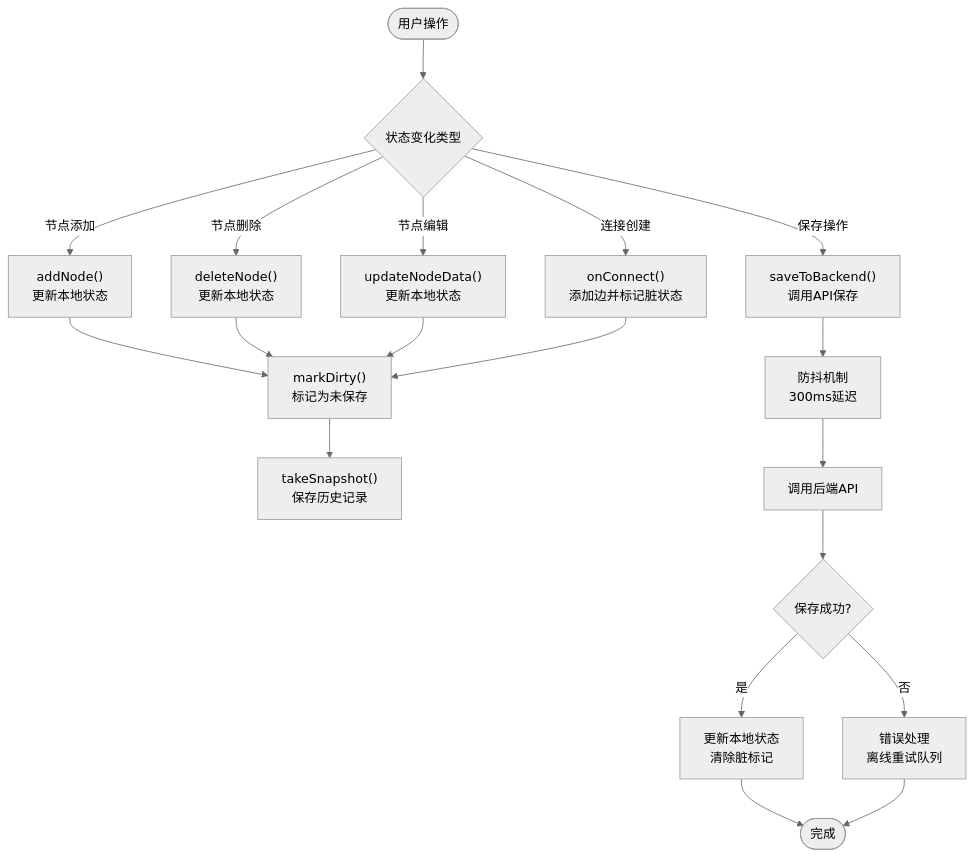
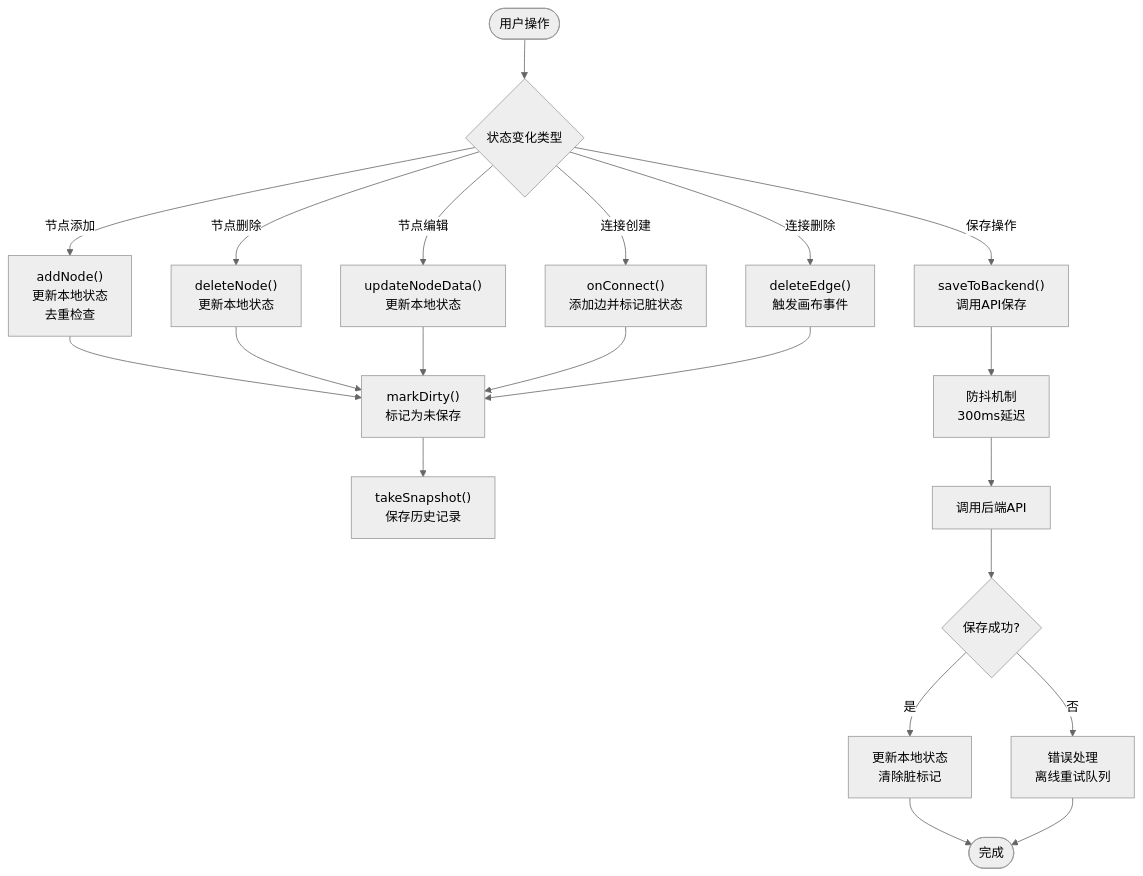
One commit to KunLabAI/KunFlix changed the sixth of 10 diagrams in .qoder/repowiki/zh/content/系统架构/剧院系统概览.md. Above: the diagram before and after it, drawn with Mermaid (neutral theme). The commit also changed other lines of this file and 15 other files, not shown here.

````diff
--- a/.qoder/repowiki/zh/content/系统架构/剧院系统概览.md
+++ b/.qoder/repowiki/zh/content/系统架构/剧院系统概览.md
@@ -399,21 +447,23 @@
 ```mermaid
 flowchart TD
 Start([用户操作]) --> Change{状态变化类型}
-Change --> |节点添加| AddNode["addNode()<br/>更新本地状态"]
+Change --> |节点添加| AddNode["addNode()<br/>更新本地状态<br/>去重检查"]
 Change --> |节点删除| DeleteNode["deleteNode()<br/>更新本地状态"]
 Change --> |节点编辑| EditNode["updateNodeData()<br/>更新本地状态"]
 Change --> |连接创建| CreateEdge["onConnect()<br/>添加边并标记脏状态"]
+Change --> |连接删除| DeleteEdge["deleteEdge()<br/>触发画布事件"]
 Change --> |保存操作| SaveAction["saveToBackend()<br/>调用API保存"]
 AddNode --> MarkDirty["markDirty()<br/>标记为未保存"]
 DeleteNode --> MarkDirty
 EditNode --> MarkDirty
 CreateEdge --> MarkDirty
+DeleteEdge --> MarkDirty
 MarkDirty --> Snapshot["takeSnapshot()<br/>保存历史记录"]
 SaveAction --> Debounce["防抖机制<br/>300ms延迟"]
 Debounce --> APICall["调用后端API"]
 APICall --> Success{"保存成功?"}
 Success --> |是| UpdateState["更新本地状态<br/>清除脏标记"]
 Success --> |否| ErrorHandle["错误处理<br/>离线重试队列"]
 UpdateState --> End([完成])
 ErrorHandle --> End
 ```
````
